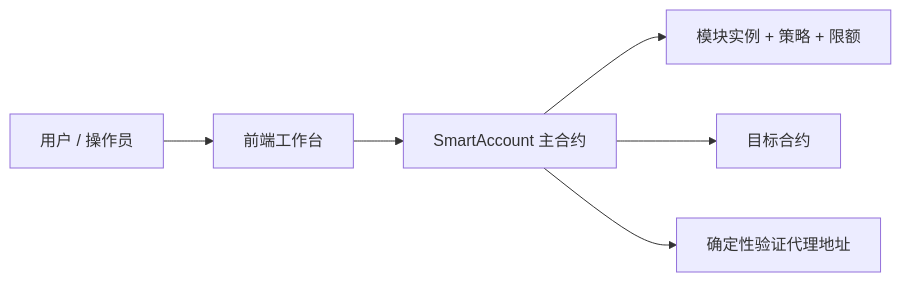
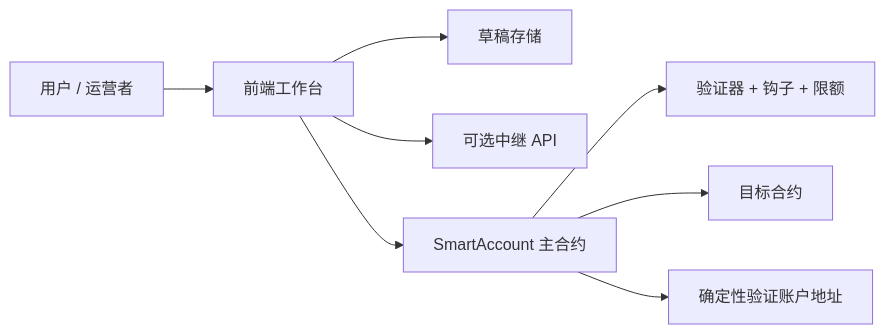
The first of 2 diagrams in frontend/src/assets/docs/guide.zh.md (r3e-network/neo-os-aa), drawn with Mermaid before and after one commit. The commit also changed other lines of this file and 148 other files, not shown here.

````diff
--- a/frontend/src/assets/docs/guide.zh.md
+++ b/frontend/src/assets/docs/guide.zh.md
@@ -11,8 +26,10 @@
 ```mermaid
 flowchart LR
-  User[用户 / 操作员] --> UI[前端工作台]
+  User[用户 / 运营者] --> UI[前端工作台]
+  UI --> Drafts[草稿存储]
+  UI --> Relay[可选中继 API]
   UI --> Master[SmartAccount 主合约]
-  Master --> Policies[模块实例 + 策略 + 限额]
+  Master --> Policies[验证器 + 钩子 + 限额]
   Master --> Target[目标合约]
-  Master --> Proxy[确定性验证代理地址]
+  Master --> Proxy[确定性验证账户地址]
 ```
````
